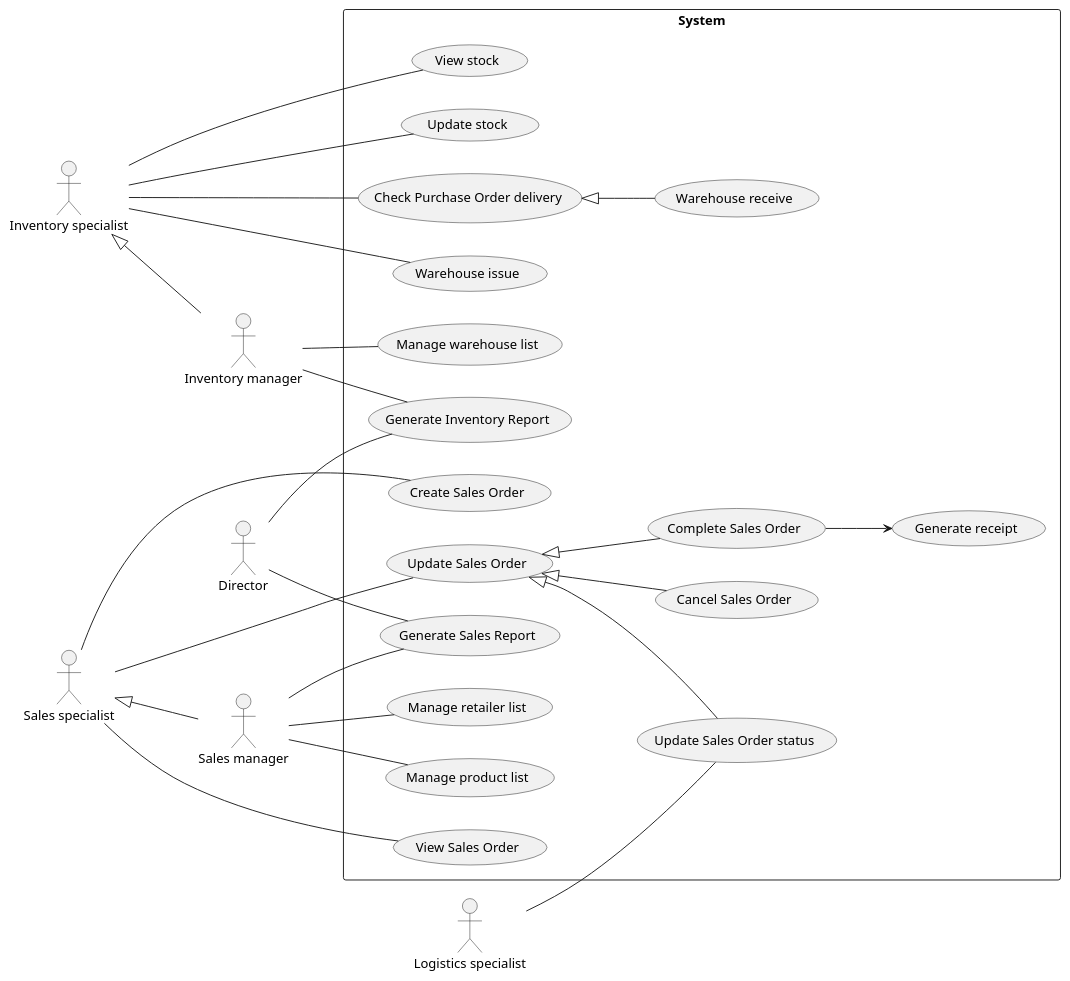
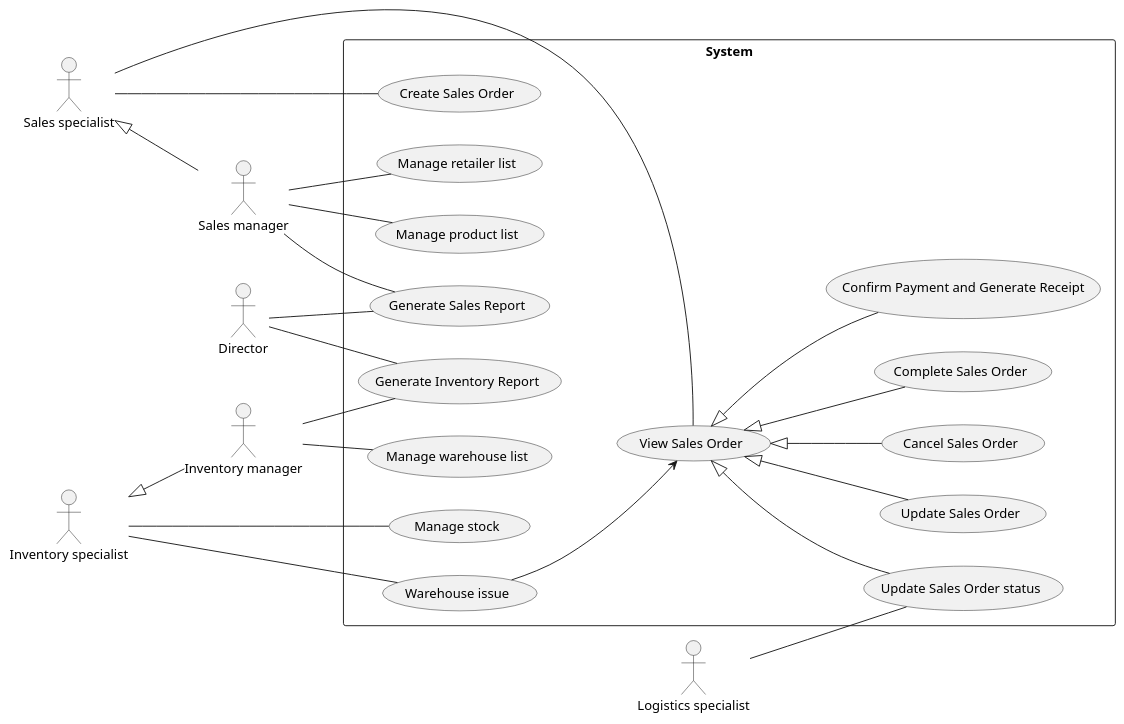
The diagram in use-cases/inventory-sales.plantuml (phihungha/scmss-reqs), drawn with PlantUML before and after one commit. The commit also changed 1 other file, not shown here.

Commit message:
Rearrange inventory and sales use cases

```diff
--- a/use-cases/inventory-sales.plantuml
+++ b/use-cases/inventory-sales.plantuml
@@ -1,40 +1,39 @@
 @startuml Inventory and Sales
 left to right direction
 
 :Director: as d
 
 :Inventory manager: as im
 :Inventory specialist: as is
 is <|-- im
 
 :Sales specialist: as s
 :Sales manager: as sm
 s <|-- sm
 
 :Logistics specialist: as ls
 
 rectangle System {
-    is -- (View stock)
-    is -- (Update stock)
-    is -- (Check Purchase Order delivery)
-    (Check Purchase Order delivery) <|-- (Warehouse receive)
+    s -- (Create Sales Order)
+    s -- (View Sales Order)
+    (View Sales Order) <|-- (Update Sales Order)
+    (View Sales Order) <|-- (Update Sales Order status)
+    (View Sales Order) <|-- (Cancel Sales Order)
+    ls -- (Update Sales Order status)
+    (View Sales Order) <|-- (Complete Sales Order)
+    (View Sales Order) <|-- (Confirm Payment and Generate Receipt)
+
+    sm -- (Generate Sales Report)
+    d -- (Generate Sales Report)
+    sm -- (Manage product list)
+    sm -- (Manage retailer list)
+
+    is -- (Manage stock)
     is -- (Warehouse issue)
+    (Warehouse issue) --> (View Sales Order)
+
     im -- (Manage warehouse list)
     im -- (Generate Inventory Report)
     d -- (Generate Inventory Report)
-
-    s -- (View Sales Order)
-    s -- (Create Sales Order)
-    s -- (Update Sales Order)
-    (Update Sales Order) <|-- (Update Sales Order status)
-    (Update Sales Order) <|-- (Cancel Sales Order)
-    ls -- (Update Sales Order status)
-    (Update Sales Order) <|-- (Complete Sales Order)
-    (Complete Sales Order) --> (Generate receipt)
-    sm -- (Generate Sales Report)
-    d -- (Generate Sales Report)
-
-    sm -- (Manage product list)
-    sm -- (Manage retailer list)
 }
 @enduml
```
